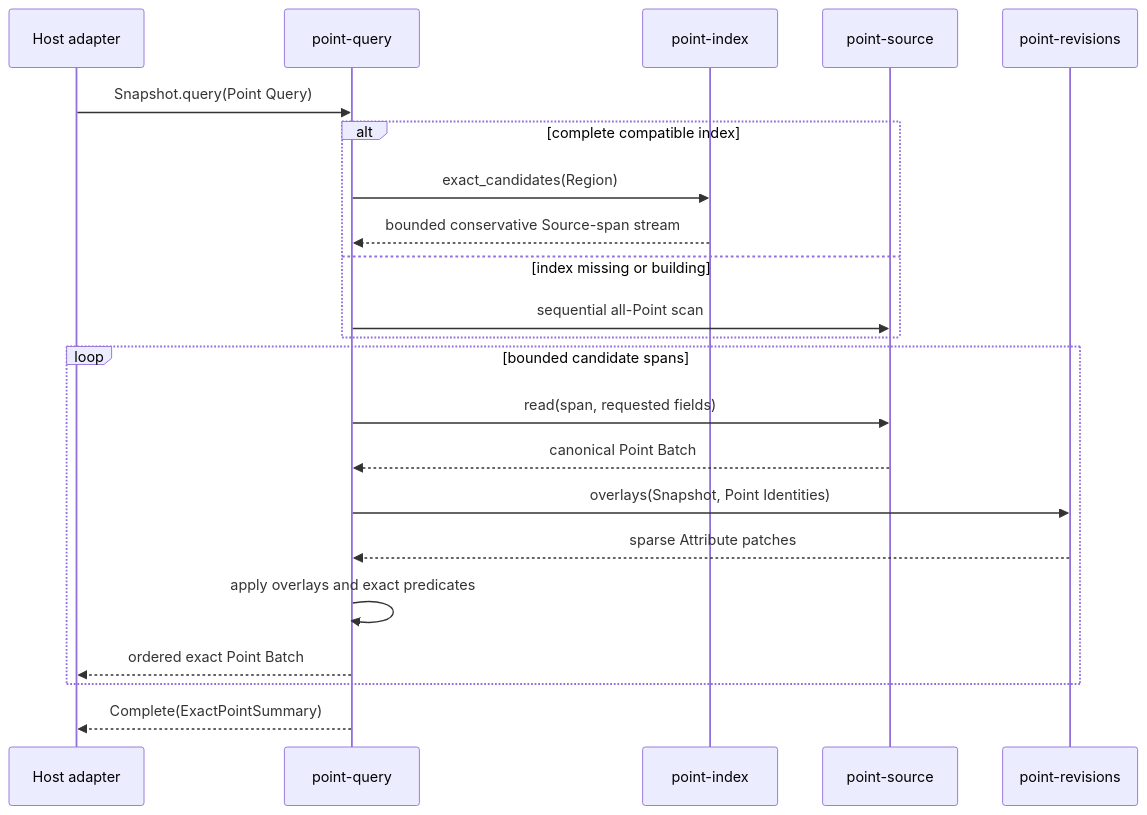
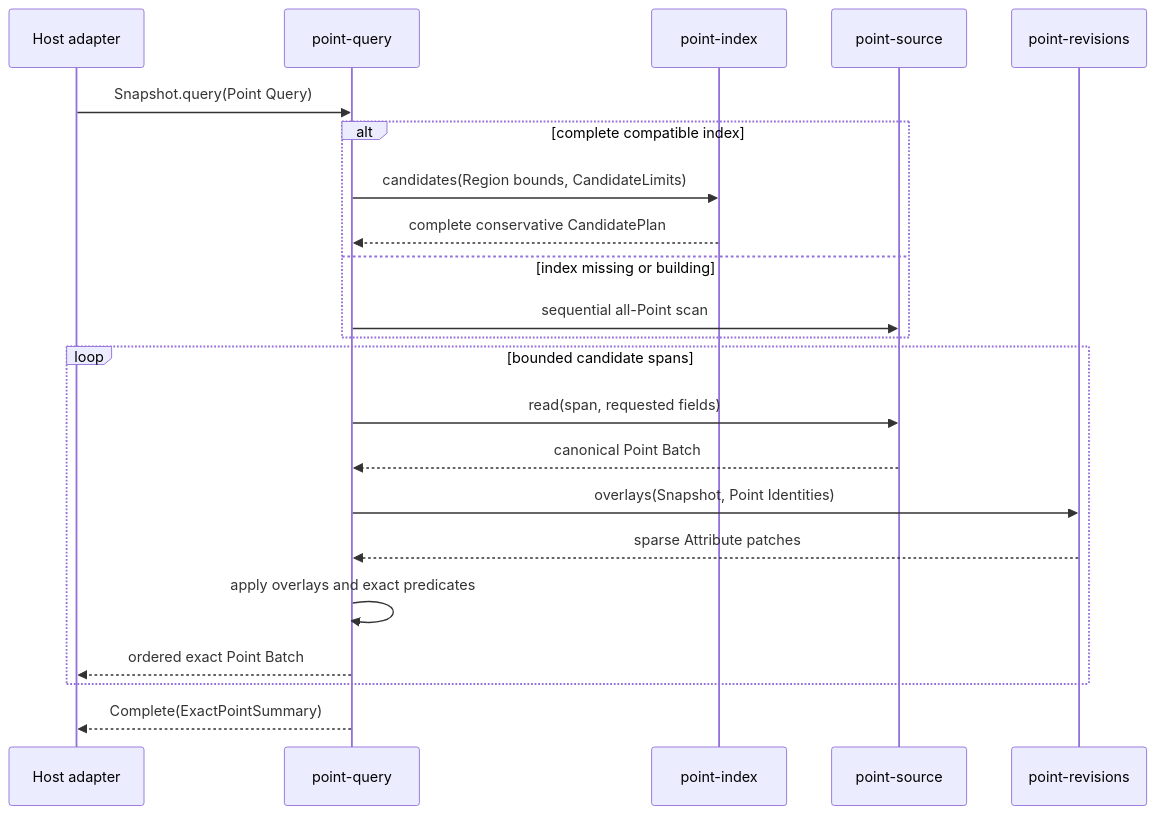
Before and after one commit to xxibcill/punctra: the third of 8 diagrams in docs/architecture/workflows.md, drawn with Mermaid. The commit also changed other lines of this file and 35 other files, not shown here.

```diff
--- a/docs/architecture/workflows.md
+++ b/docs/architecture/workflows.md
@@ -99,28 +110,28 @@
 ~~~mermaid
 sequenceDiagram
     participant APP as Host adapter
     participant QRY as point-query
     participant IDX as point-index
     participant SRC as point-source
     participant REV as point-revisions
 
     APP->>QRY: Snapshot.query(Point Query)
 
     alt complete compatible index
-        QRY->>IDX: exact_candidates(Region)
-        IDX-->>QRY: bounded conservative Source-span stream
+        QRY->>IDX: candidates(Region bounds, CandidateLimits)
+        IDX-->>QRY: complete conservative CandidatePlan
     else index missing or building
         QRY->>SRC: sequential all-Point scan
     end
 
     loop bounded candidate spans
         QRY->>SRC: read(span, requested fields)
         SRC-->>QRY: canonical Point Batch
         QRY->>REV: overlays(Snapshot, Point Identities)
         REV-->>QRY: sparse Attribute patches
         QRY->>QRY: apply overlays and exact predicates
         QRY-->>APP: ordered exact Point Batch
     end
 
     QRY-->>APP: Complete(ExactPointSummary)
 ~~~
```
